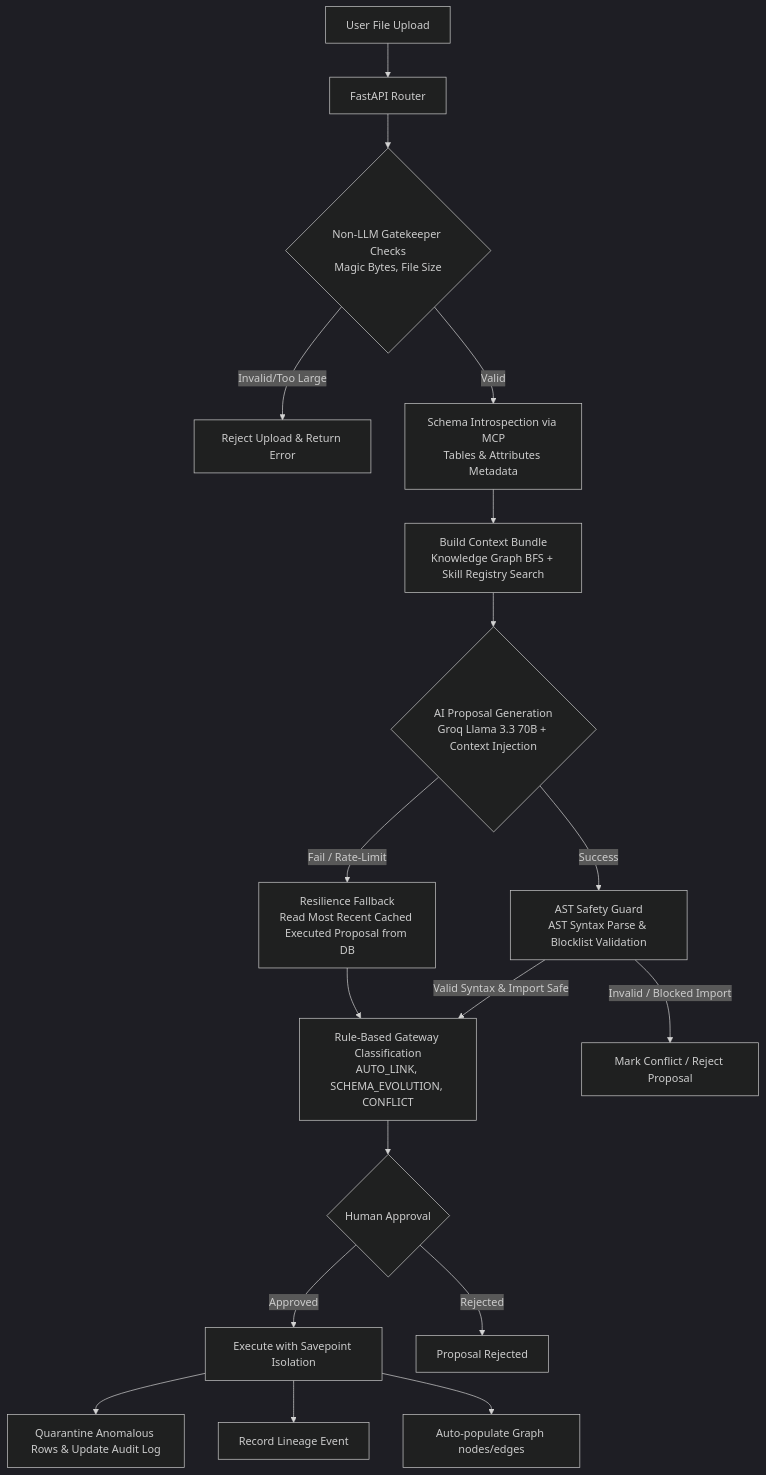
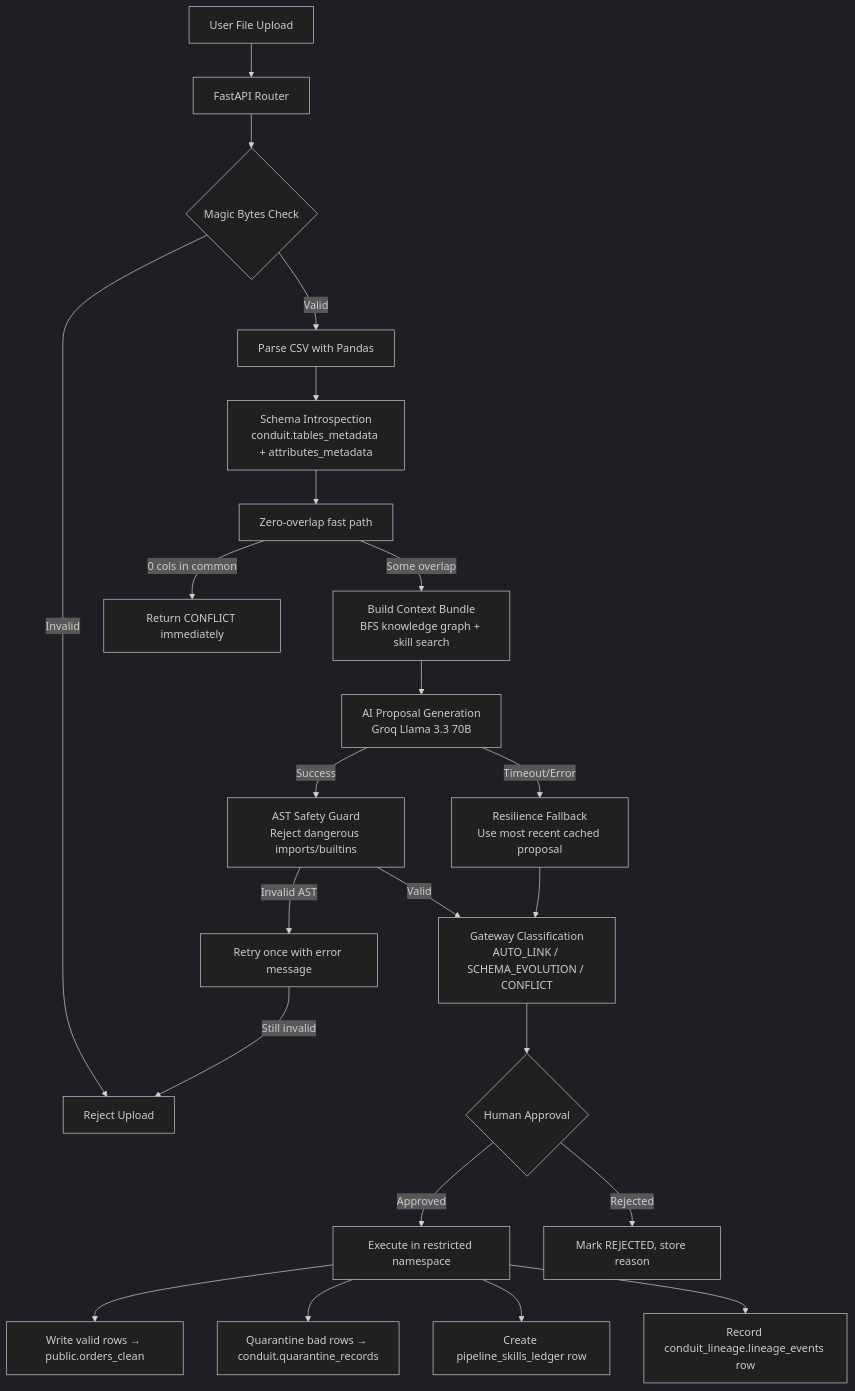
The diagram in README.md (RamanRed/Conduit), drawn with Mermaid (dark theme) before and after one commit. The commit also changed other lines of this file and 13 other files, not shown here.

````diff
--- a/README.md
+++ b/README.md
@@ -40,20 +169,25 @@
 ```mermaid
 flowchart TD
     A[User File Upload] --> B[FastAPI Router]
-    B --> C{Non-LLM Gatekeeper Checks<br>Magic Bytes, File Size}
-    C -->|Invalid/Too Large| D[Reject Upload & Return Error]
-    C -->|Valid| E[Schema Introspection via MCP<br>Tables & Attributes Metadata]
-    E --> KB[Build Context Bundle<br>Knowledge Graph BFS + Skill Registry Search]
-    KB --> F{AI Proposal Generation<br>Groq Llama 3.3 70B + Context Injection}
-    F -->|Success| G[AST Safety Guard<br>AST Syntax Parse & Blocklist Validation]
-    F -->|Fail / Rate-Limit| H[Resilience Fallback<br>Read Most Recent Cached Executed Proposal from DB]
-    G -->|Valid Syntax & Import Safe| I[Rule-Based Gateway Classification<br>AUTO_LINK, SCHEMA_EVOLUTION, CONFLICT]
-    G -->|Invalid / Blocked Import| J[Mark Conflict / Reject Proposal]
-    H --> I
-    I --> K{Human Approval}
-    K -->|Approved| L[Execute with Savepoint Isolation]
-    K -->|Rejected| M[Proposal Rejected]
-    L --> N[Quarantine Anomalous Rows & Update Audit Log]
-    L --> LE[Record Lineage Event]
-    L --> GL[Auto-populate Graph nodes/edges]
+    B --> C{Magic Bytes Check}
+    C -->|Invalid| D[Reject Upload]
+    C -->|Valid| E[Parse CSV with Pandas]
+    E --> F[Schema Introspection<br/>conduit.tables_metadata + attributes_metadata]
+    F --> Z[Zero-overlap fast path]
+    Z -->|0 cols in common| I2[Return CONFLICT immediately]
+    Z -->|Some overlap| G[Build Context Bundle<br/>BFS knowledge graph + skill search]
+    G --> H[AI Proposal Generation<br/>Groq Llama 3.3 70B]
+    H -->|Success| I[AST Safety Guard<br/>Reject dangerous imports/builtins]
+    H -->|Timeout/Error| J[Resilience Fallback<br/>Use most recent cached proposal]
+    I -->|Invalid AST| K[Retry once with error message]
+    K -->|Still invalid| D
+    I -->|Valid| L[Gateway Classification<br/>AUTO_LINK / SCHEMA_EVOLUTION / CONFLICT]
+    J --> L
+    L --> M{Human Approval}
+    M -->|Approved| N[Execute in restricted namespace]
+    M -->|Rejected| O[Mark REJECTED, store reason]
+    N --> P[Write valid rows → public.orders_clean]
+    N --> Q[Quarantine bad rows → conduit.quarantine_records]
+    N --> R[Create pipeline_skills_ledger row]
+    N --> S[Record conduit_lineage.lineage_events row]
 ```
````
